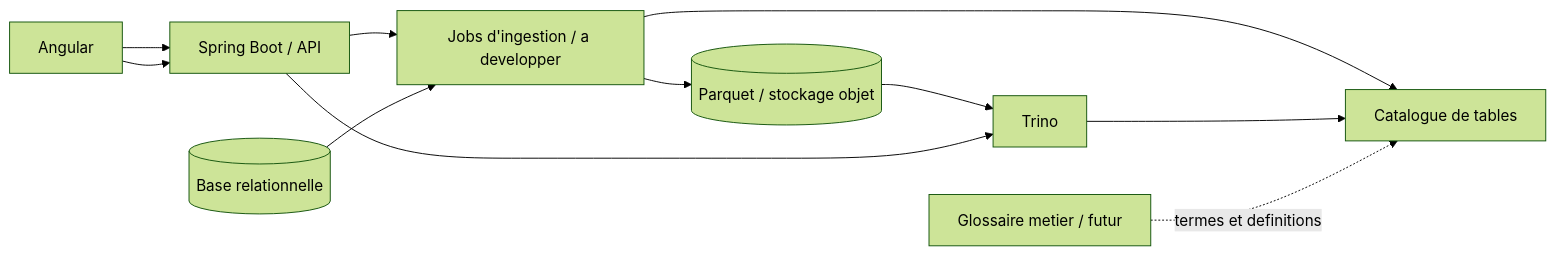
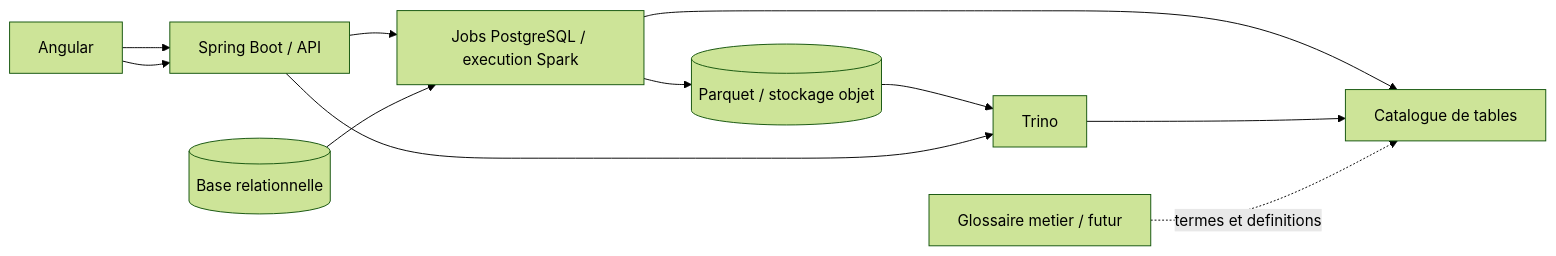
The second of 2 diagrams in docs/architecture-cloud.md (l8haitham-ctrl/distibuteddatam2), drawn with Mermaid (forest theme) before and after one commit. The commit also changed other lines of this file and 30 other files, not shown here.

Commit message:
Add persistent storage jobs with Spark Parquet ingestion

````diff
--- a/docs/architecture-cloud.md
+++ b/docs/architecture-cloud.md
@@ -26,12 +31,12 @@
 ```mermaid
 flowchart LR
     UI[Angular] --> API[Spring Boot / API]
-    API --> ING[Jobs d'ingestion / a developper]
+    API --> ING[Jobs PostgreSQL / execution Spark]
     DB[(Base relationnelle)] --> ING
     ING --> OBJ[(Parquet / stockage objet)]
     ING --> CAT[Catalogue de tables]
     TR[Trino] --> CAT
     OBJ --> TR
     UI --> API --> TR
     G[Glossaire metier / futur] -. termes et definitions .-> CAT
 ```
````
